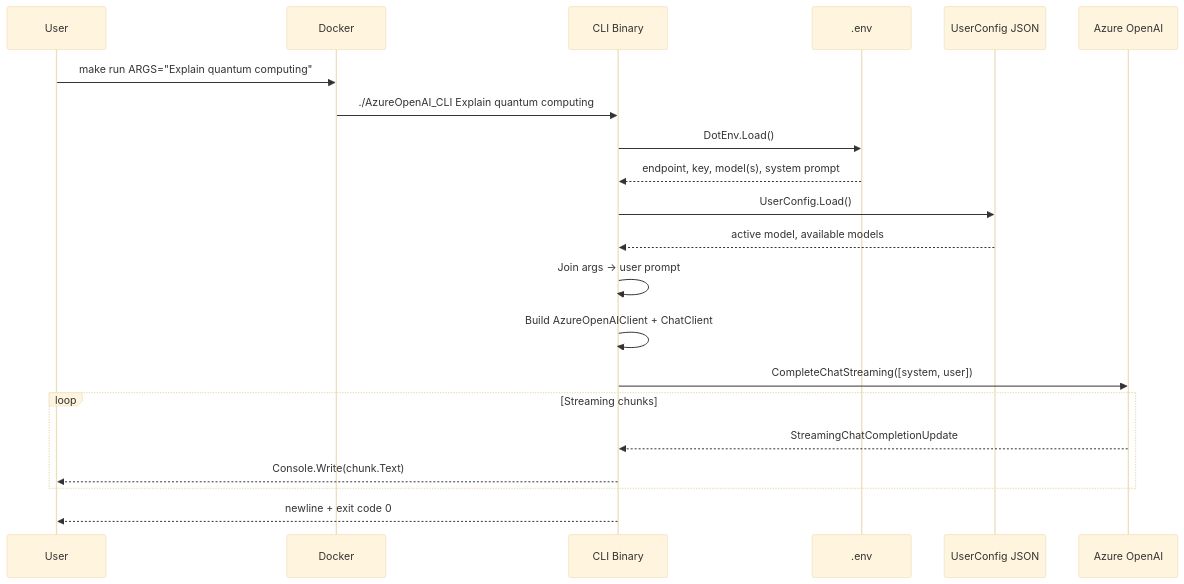
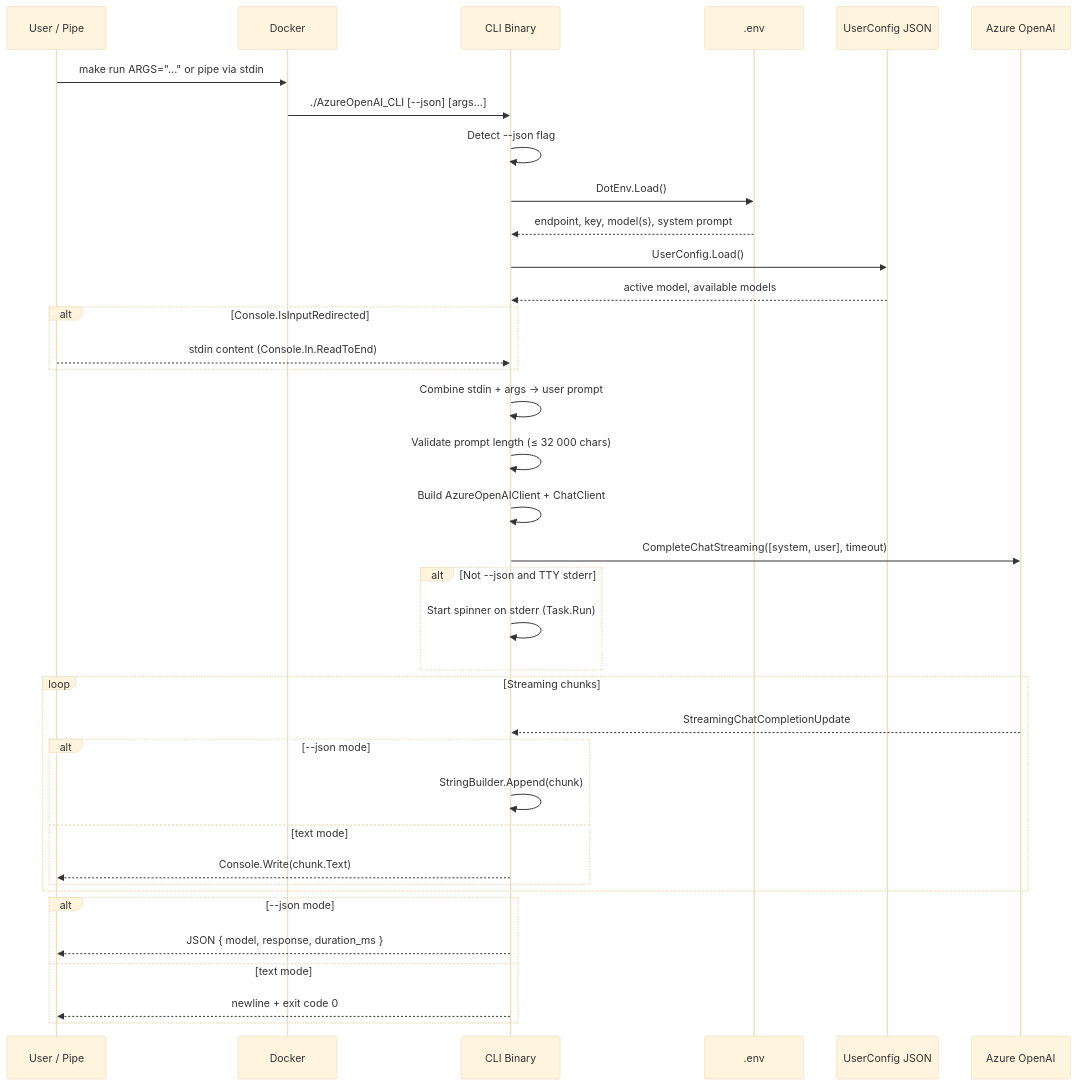
Before and after one commit to SchwartzKamel/azure-openai-cli: the third of 3 diagrams in ARCHITECTURE.md, drawn with Mermaid (base theme). The commit also changed other lines of this file, not shown here.

First line of the commit message:
docs: update ARCHITECTURE.md with all recent CLI additions

````diff
--- a/ARCHITECTURE.md
+++ b/ARCHITECTURE.md
@@ -159,24 +217,47 @@
 ```mermaid
 sequenceDiagram
-    participant U as User
+    participant P as User / Pipe
     participant D as Docker
     participant CLI as CLI Binary
     participant Env as .env
     participant Cfg as UserConfig JSON
     participant API as Azure OpenAI
 
-    U->>D: make run ARGS="Explain quantum computing"
-    D->>CLI: ./AzureOpenAI_CLI Explain quantum computing
+    P->>D: make run ARGS="..." or pipe via stdin
+    D->>CLI: ./AzureOpenAI_CLI [--json] [args...]
+
+    CLI->>CLI: Detect --json flag
     CLI->>Env: DotEnv.Load()
     Env-->>CLI: endpoint, key, model(s), system prompt
     CLI->>Cfg: UserConfig.Load()
     Cfg-->>CLI: active model, available models
-    CLI->>CLI: Join args → user prompt
+
+    alt Console.IsInputRedirected
+        P-->>CLI: stdin content (Console.In.ReadToEnd)
+    end
+
+    CLI->>CLI: Combine stdin + args → user prompt
+    CLI->>CLI: Validate prompt length (≤ 32 000 chars)
+
     CLI->>CLI: Build AzureOpenAIClient + ChatClient
-    CLI->>API: CompleteChatStreaming([system, user])
+    CLI->>API: CompleteChatStreaming([system, user], timeout)
+
+    alt Not --json and TTY stderr
+        CLI->>CLI: Start spinner on stderr (Task.Run)
+    end
+
     loop Streaming chunks
         API-->>CLI: StreamingChatCompletionUpdate
-        CLI-->>U: Console.Write(chunk.Text)
+        alt --json mode
+            CLI->>CLI: StringBuilder.Append(chunk)
+        else text mode
+            CLI-->>P: Console.Write(chunk.Text)
+        end
     end
-    CLI-->>U: newline + exit code 0
+
+    alt --json mode
+        CLI-->>P: JSON { model, response, duration_ms }
+    else text mode
+        CLI-->>P: newline + exit code 0
+    end
 ```
````
